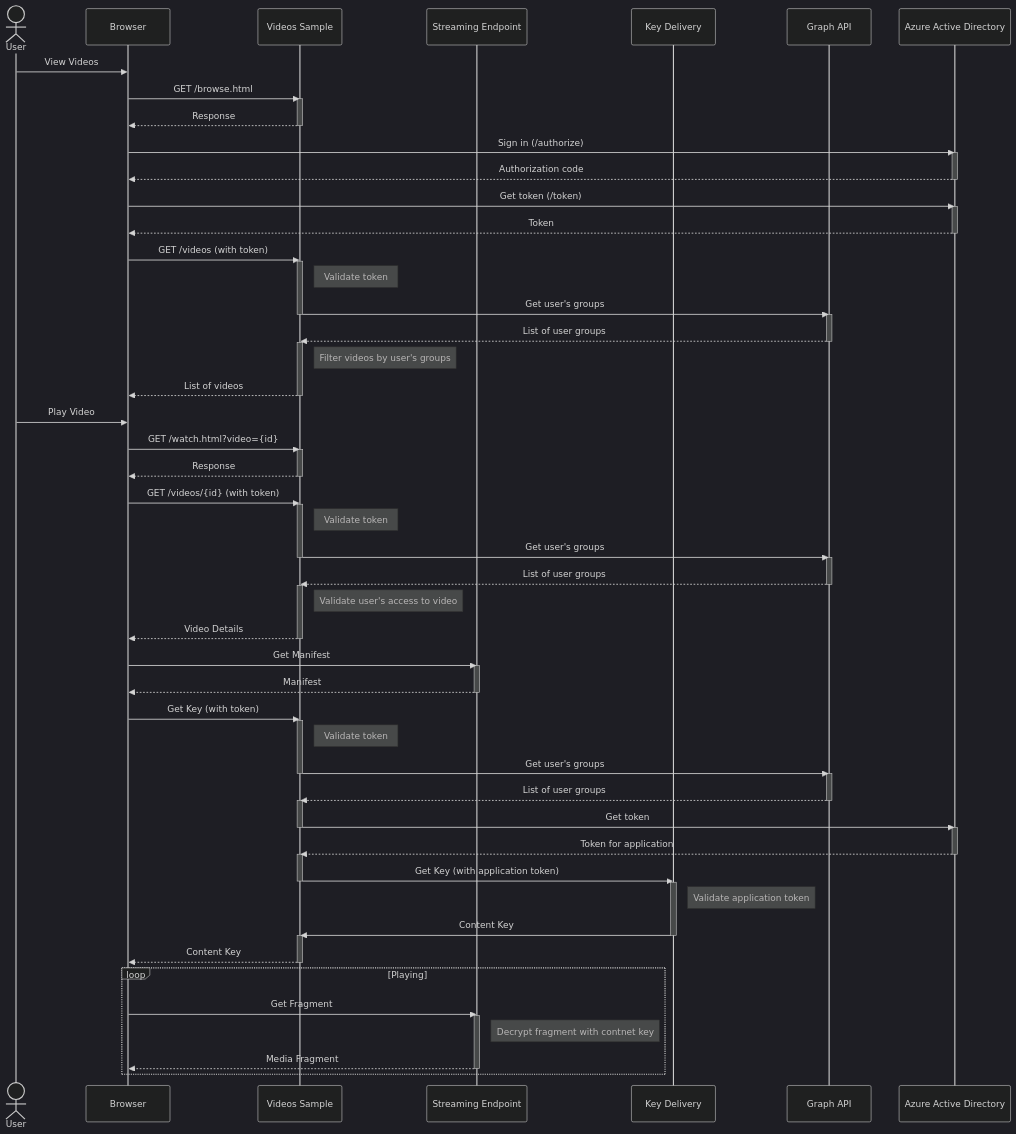
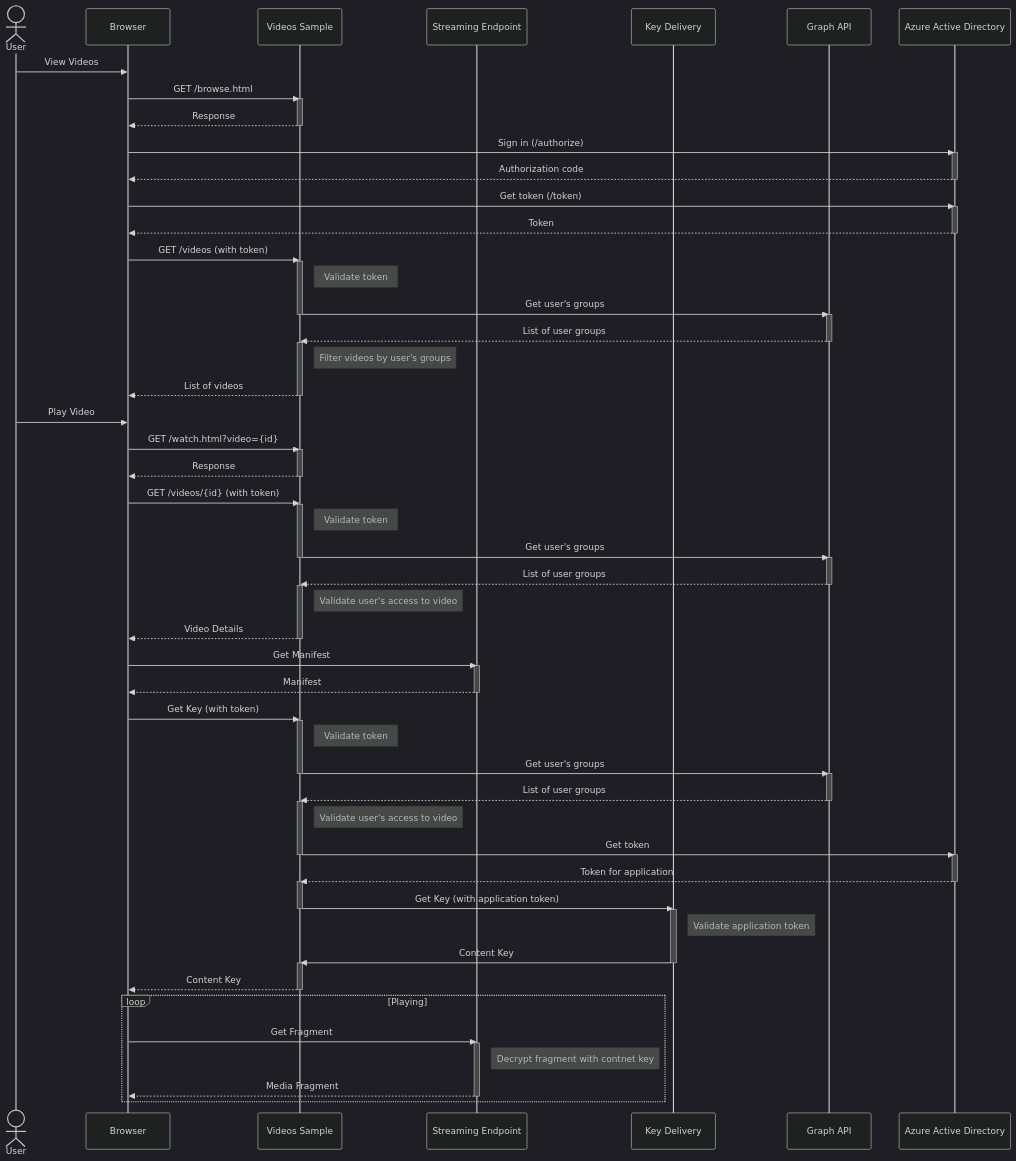
The diagram in 4-VideosSample-VideoAuth/README.md (Azure-Samples/media-services-v3-dotnet-webapp), drawn with Mermaid (dark theme) before and after one commit. The commit also changed other lines of this file and 13 other files, not shown here.

```diff
--- a/4-VideosSample-VideoAuth/README.md
+++ b/4-VideosSample-VideoAuth/README.md
@@ -234,6 +255,7 @@
 Graph API-->>Videos Sample: List of user groups
 deactivate Graph API
 activate Videos Sample
+note right of Videos Sample: Validate user's access to video
 Videos Sample->>Azure Active Directory: Get token
 deactivate Videos Sample
 activate Azure Active Directory
```
